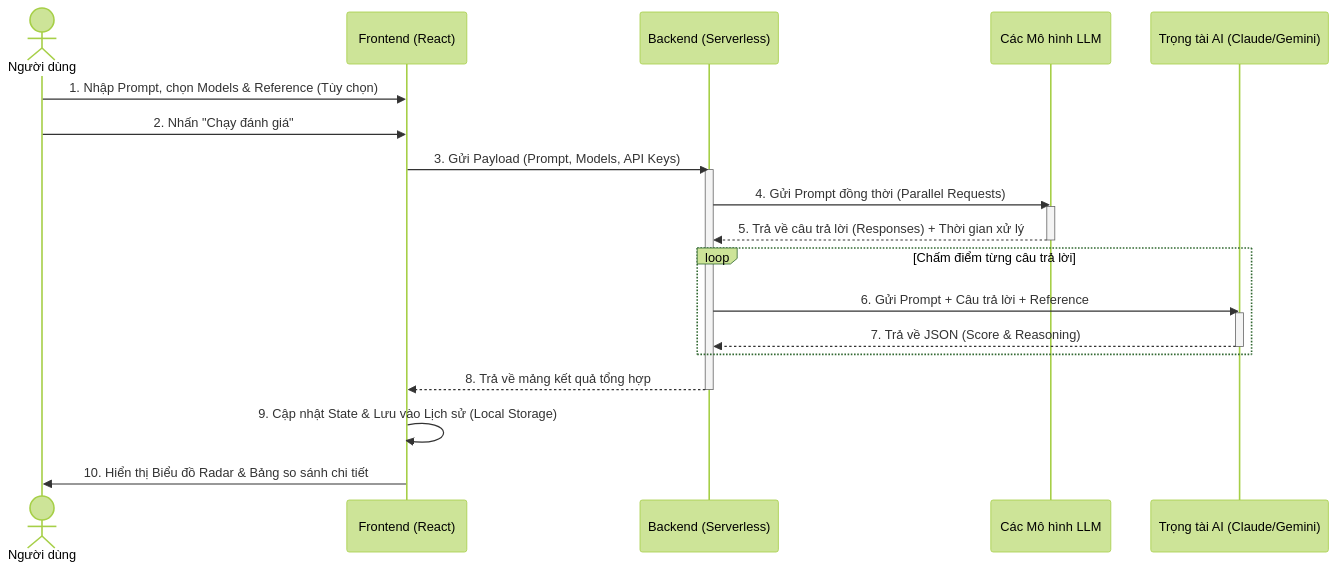
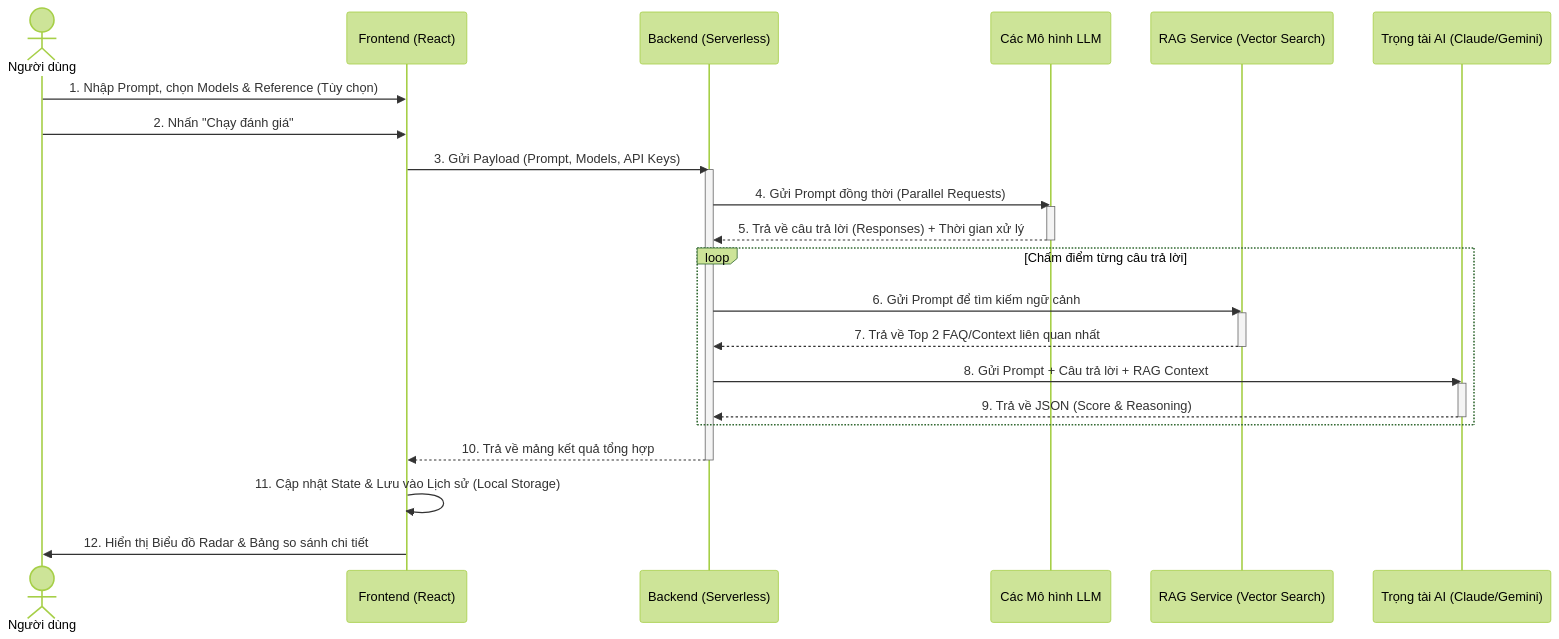
The second of 2 diagrams in README.md (TKON2001/demodoan_1), drawn with Mermaid (forest theme) before and after one commit. The commit also changed other lines of this file and 3 other files, not shown here.

First line of the commit message:
feat: Implement RAG for context-aware LLM evaluation

````diff
--- a/README.md
+++ b/README.md
@@ -79,31 +85,37 @@
 ```mermaid
 sequenceDiagram
     actor User as Người dùng
     participant UI as Frontend (React)
     participant API as Backend (Serverless)
     participant LLMs as Các Mô hình LLM
+    participant RAG as RAG Service (Vector Search)
     participant Judge as Trọng tài AI (Claude/Gemini)
 
     User->>UI: 1. Nhập Prompt, chọn Models & Reference (Tùy chọn)
     User->>UI: 2. Nhấn "Chạy đánh giá"
     UI->>API: 3. Gửi Payload (Prompt, Models, API Keys)
     
     activate API
     API->>LLMs: 4. Gửi Prompt đồng thời (Parallel Requests)
     activate LLMs
     LLMs-->>API: 5. Trả về câu trả lời (Responses) + Thời gian xử lý
     deactivate LLMs
     
     loop Chấm điểm từng câu trả lời
-        API->>Judge: 6. Gửi Prompt + Câu trả lời + Reference
+        API->>RAG: 6. Gửi Prompt để tìm kiếm ngữ cảnh
+        activate RAG
+        RAG-->>API: 7. Trả về Top 2 FAQ/Context liên quan nhất
+        deactivate RAG
+        
+        API->>Judge: 8. Gửi Prompt + Câu trả lời + RAG Context
         activate Judge
-        Judge-->>API: 7. Trả về JSON (Score & Reasoning)
+        Judge-->>API: 9. Trả về JSON (Score & Reasoning)
         deactivate Judge
     end
     
-    API-->>UI: 8. Trả về mảng kết quả tổng hợp
+    API-->>UI: 10. Trả về mảng kết quả tổng hợp
     deactivate API
     
-    UI->>UI: 9. Cập nhật State & Lưu vào Lịch sử (Local Storage)
-    UI->>User: 10. Hiển thị Biểu đồ Radar & Bảng so sánh chi tiết
+    UI->>UI: 11. Cập nhật State & Lưu vào Lịch sử (Local Storage)
+    UI->>User: 12. Hiển thị Biểu đồ Radar & Bảng so sánh chi tiết
 ```
````
